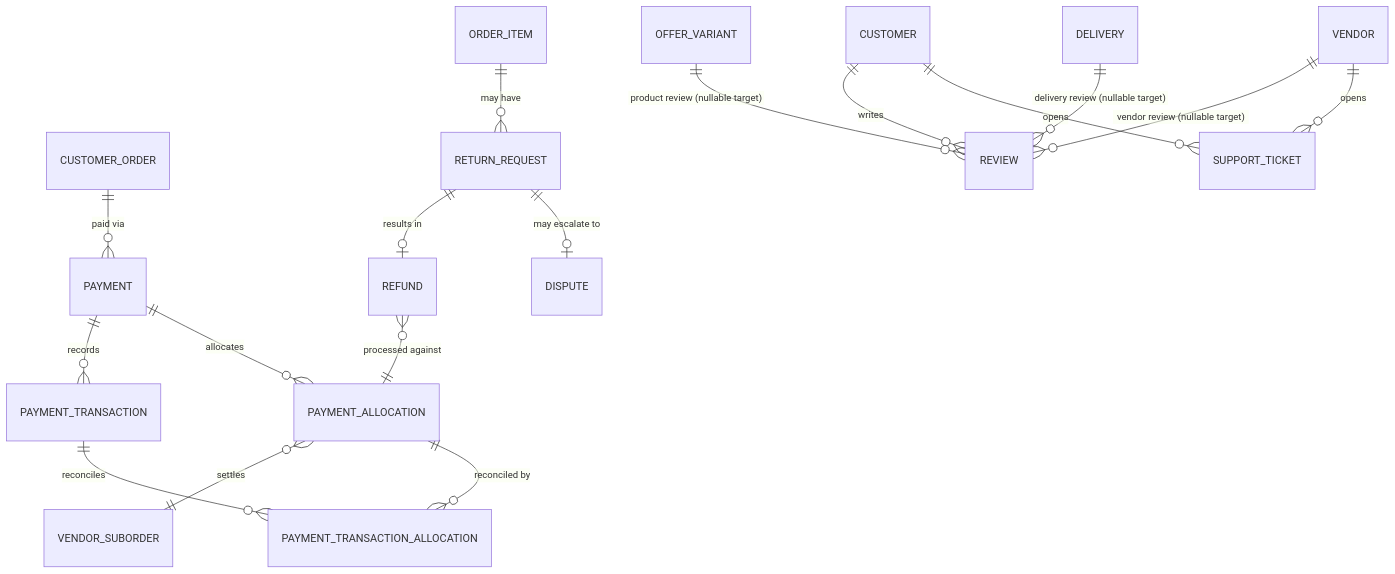
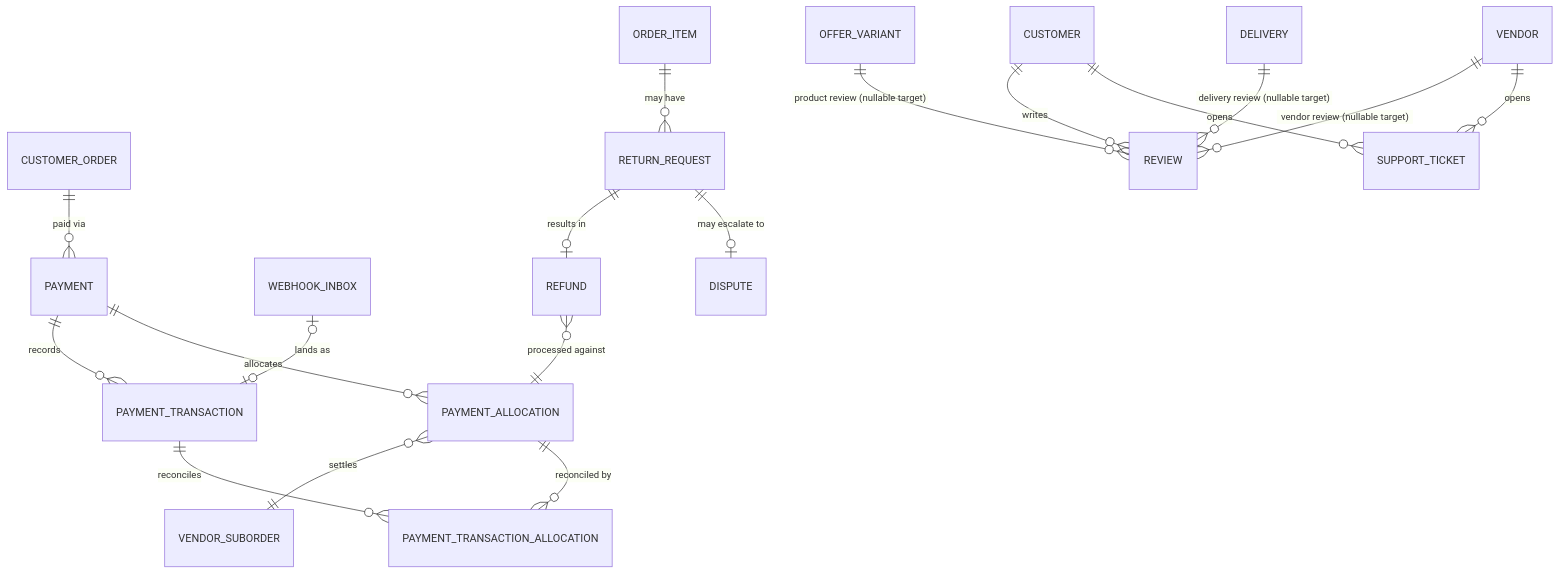
The fourth of 4 diagrams in docs/srs/03-business-rules-data-model.md (FINALTALA/FINALPRO), drawn with Mermaid before and after one commit. The commit also changed other lines of this file and 1 other file, not shown here.

````diff
--- a/docs/srs/03-business-rules-data-model.md
+++ b/docs/srs/03-business-rules-data-model.md
@@ -95,19 +95,20 @@
 ```mermaid
 erDiagram
     CUSTOMER_ORDER ||--o{ PAYMENT : "paid via"
     PAYMENT ||--o{ PAYMENT_TRANSACTION : records
     PAYMENT ||--o{ PAYMENT_ALLOCATION : allocates
     PAYMENT_ALLOCATION }o--|| VENDOR_SUBORDER : "settles"
     PAYMENT_TRANSACTION ||--o{ PAYMENT_TRANSACTION_ALLOCATION : reconciles
     PAYMENT_ALLOCATION ||--o{ PAYMENT_TRANSACTION_ALLOCATION : "reconciled by"
+    WEBHOOK_INBOX |o--o| PAYMENT_TRANSACTION : "lands as"
     ORDER_ITEM ||--o{ RETURN_REQUEST : "may have"
     RETURN_REQUEST ||--o| REFUND : "results in"
     REFUND }o--|| PAYMENT_ALLOCATION : "processed against"
     CUSTOMER ||--o{ REVIEW : writes
     OFFER_VARIANT ||--o{ REVIEW : "product review (nullable target)"
     VENDOR ||--o{ REVIEW : "vendor review (nullable target)"
     DELIVERY ||--o{ REVIEW : "delivery review (nullable target)"
     CUSTOMER ||--o{ SUPPORT_TICKET : opens
     VENDOR ||--o{ SUPPORT_TICKET : opens
     RETURN_REQUEST ||--o| DISPUTE : "may escalate to"
 ```
````
